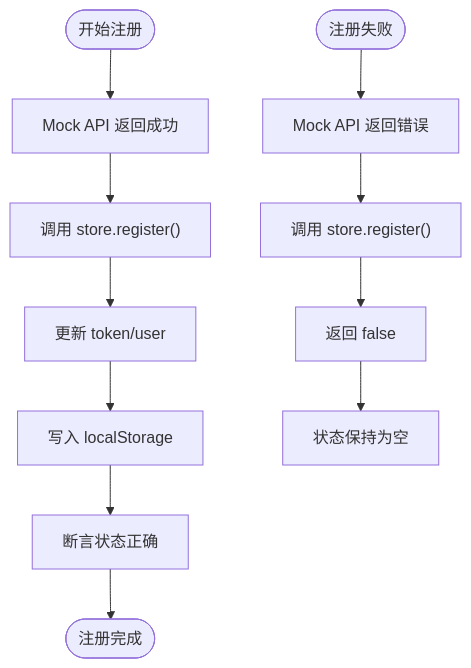
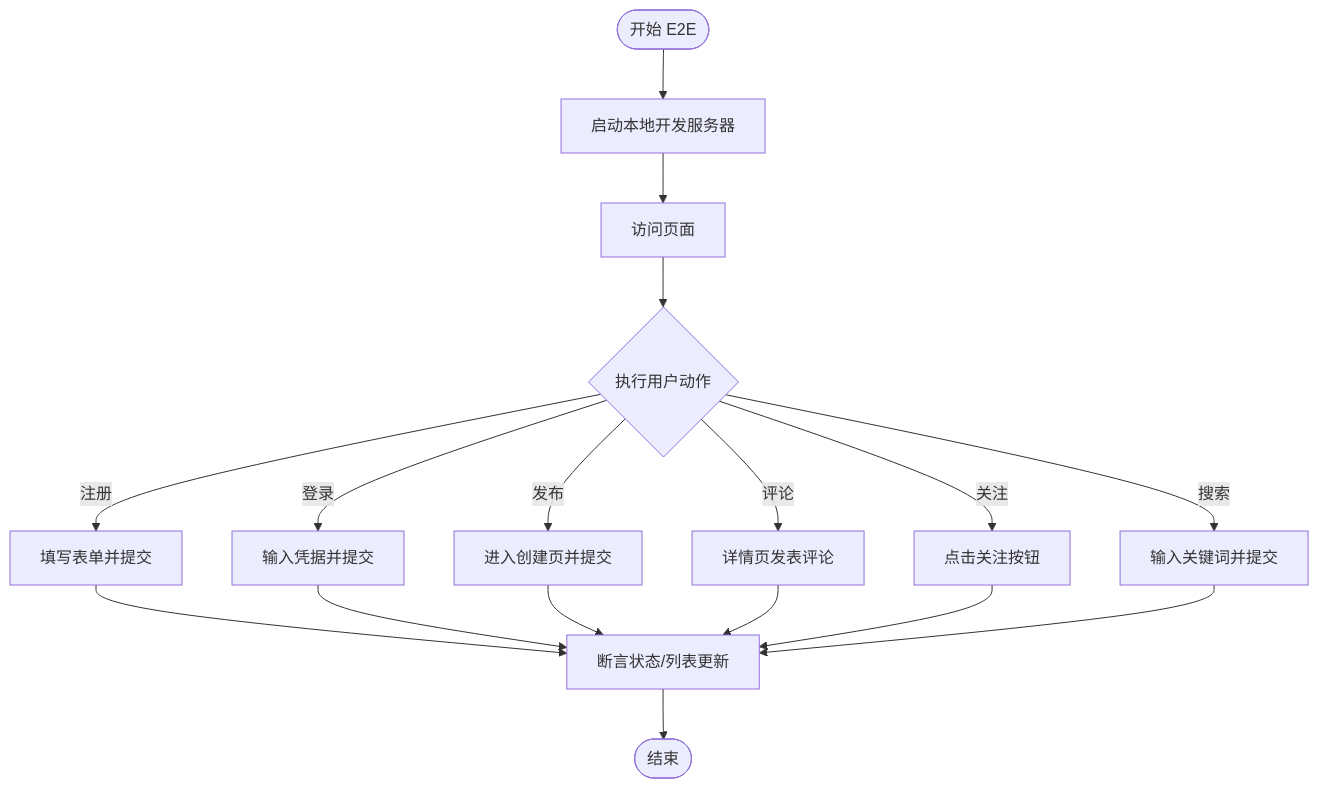
The fifth of 6 diagrams in .qoder/repowiki/zh/content/测试策略/测试策略.md (koala-xiong/communication-qoder), drawn with Mermaid before and after one commit. The commit also changed other lines of this file and 73 other files, not shown here.

````diff
--- a/.qoder/repowiki/zh/content/测试策略/测试策略.md
+++ b/.qoder/repowiki/zh/content/测试策略/测试策略.md
@@ -259,13 +251,19 @@
 ```mermaid
 flowchart TD
-Start(["开始注册"]) --> MockAPI["Mock API 返回成功"]
-MockAPI --> CallStore["调用 store.register()"]
-CallStore --> UpdateState["更新 token/user"]
-UpdateState --> WriteStorage["写入 localStorage"]
-WriteStorage --> VerifyState["断言状态正确"]
-VerifyState --> End(["注册完成"])
-Fail(["注册失败"]) --> MockError["Mock API 返回错误"]
-MockError --> CallStore2["调用 store.register()"]
-CallStore2 --> ReturnFalse["返回 false"]
-ReturnFalse --> VerifyEmpty["状态保持为空"]
+Start(["开始 E2E"]) --> Launch["启动本地开发服务器"]
+Launch --> Visit["访问页面"]
+Visit --> Action{"执行用户动作"}
+Action --> |注册| Reg["填写表单并提交"]
+Action --> |登录| Login["输入凭据并提交"]
+Action --> |发布| Create["进入创建页并提交"]
+Action --> |评论| Comment["详情页发表评论"]
+Action --> |关注| Subscribe["点击关注按钮"]
+Action --> |搜索| Search["输入关键词并提交"]
+Reg --> Verify["断言状态/列表更新"]
+Login --> Verify
+Create --> Verify
+Comment --> Verify
+Subscribe --> Verify
+Search --> Verify
+Verify --> End(["结束"])
 ```
````
